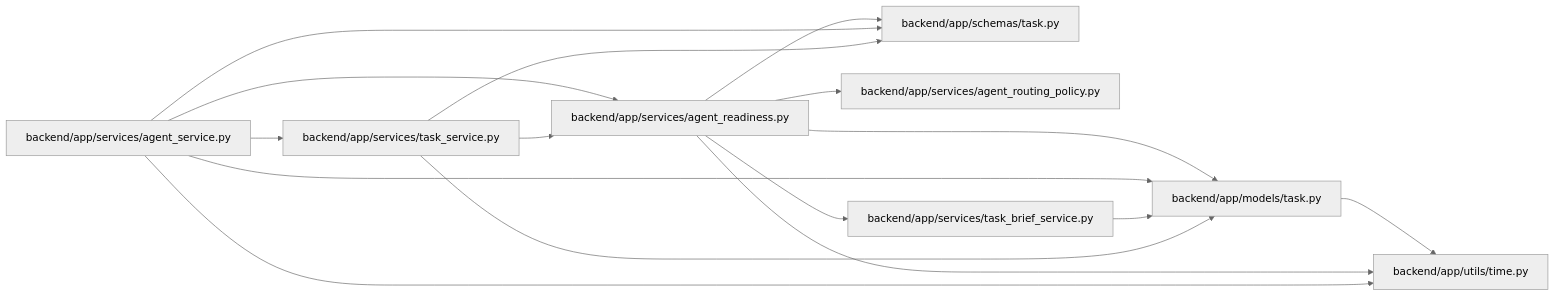
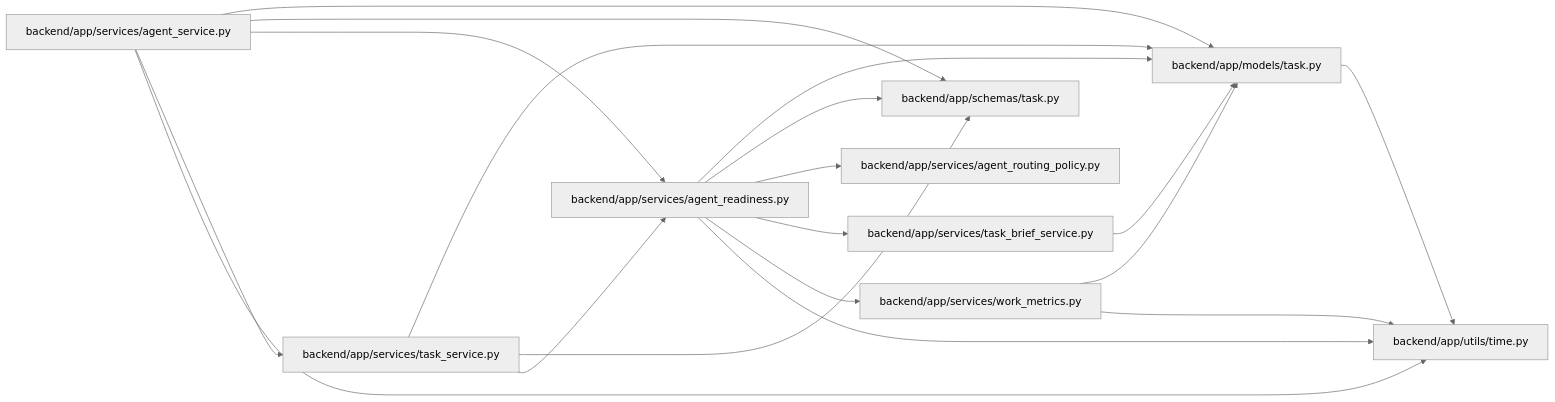
One commit to Denissvgn/WorkChord changed the diagram in docs/llm_wiki/modules/agent_readiness.md. Above: the diagram before and after it, drawn with Mermaid (neutral theme). The commit also changed other lines of this file and 10148 other files, not shown here.

````diff
--- a/docs/llm_wiki/modules/agent_readiness.md
+++ b/docs/llm_wiki/modules/agent_readiness.md
@@ -26,34 +29,39 @@
 ```mermaid
 flowchart LR
     n0["backend/app/models/task.py"]
     n1["backend/app/schemas/task.py"]
     n2["backend/app/services/agent_readiness.py"]
     n3["backend/app/services/agent_routing_policy.py"]
     n4["backend/app/services/agent_service.py"]
     n5["backend/app/services/task_brief_service.py"]
     n6["backend/app/services/task_service.py"]
-    n7["backend/app/utils/time.py"]
-    n0 --> n7
+    n7["backend/app/services/work_metrics.py"]
+    n8["backend/app/utils/time.py"]
+    n0 --> n8
     n2 --> n0
     n2 --> n1
     n2 --> n3
     n2 --> n5
     n2 --> n7
+    n2 --> n8
     n4 --> n0
     n4 --> n1
     n4 --> n2
     n4 --> n6
-    n4 --> n7
+    n4 --> n8
     n5 --> n0
     n6 --> n0
     n6 --> n1
     n6 --> n2
+    n7 --> n0
+    n7 --> n8
     click n0 "../modules/models_task.md"
     click n1 "../modules/schemas_task.md"
     click n2 "../modules/agent_readiness.md"
     click n3 "../modules/agent_routing_policy.md"
     click n4 "../modules/agent_service.md"
     click n5 "../modules/task_brief_service.md"
     click n6 "../modules/task_service.md"
-    click n7 "../modules/time.md"
+    click n7 "../modules/services_work_metrics.md"
+    click n8 "../modules/time.md"
 ```
````
